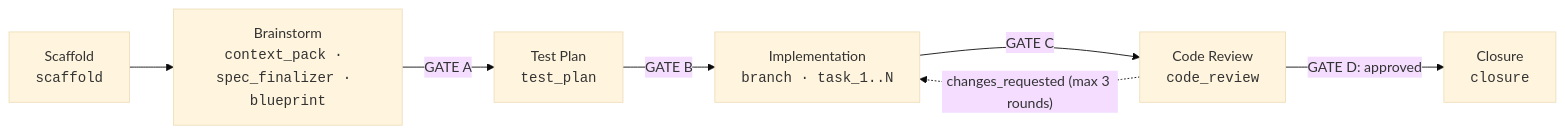
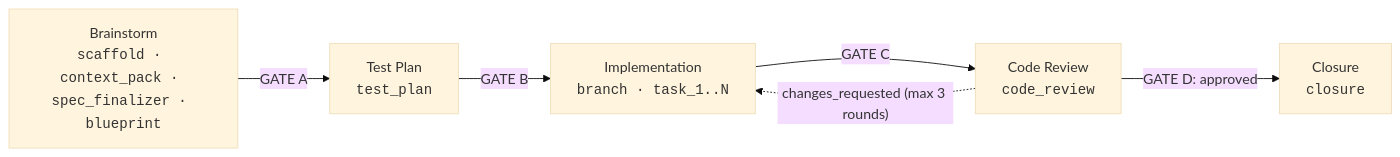
The diagram in site/concepts/pipeline.md (piyushbhargava1412/arcus-plugin), drawn with Mermaid (base theme) before and after one commit. The commit also changed other lines of this file and 4 other files, not shown here.

First line of the commit message:
docs(ARC-0002): correct pipeline to 5 phases / 9 stages (scaffold is a Brainstorm stage)

````diff
--- a/site/concepts/pipeline.md
+++ b/site/concepts/pipeline.md
@@ -40,9 +42,9 @@
 ```mermaid
 flowchart LR
-  S0["Scaffold<br/><code>scaffold</code>"] --> S1["Brainstorm<br/><code>context_pack · spec_finalizer · blueprint</code>"]
+  S1["Brainstorm<br/><code>scaffold · context_pack · spec_finalizer · blueprint</code>"]
   S1 -->|"GATE A"| S2["Test Plan<br/><code>test_plan</code>"]
   S2 -->|"GATE B"| S3["Implementation<br/><code>branch · task_1..N</code>"]
   S3 -->|"GATE C"| S4["Code Review<br/><code>code_review</code>"]
   S4 -->|"GATE D: approved"| S5["Closure<br/><code>closure</code>"]
   S4 -. "changes_requested (max 3 rounds)" .-> S3
 ```
````
